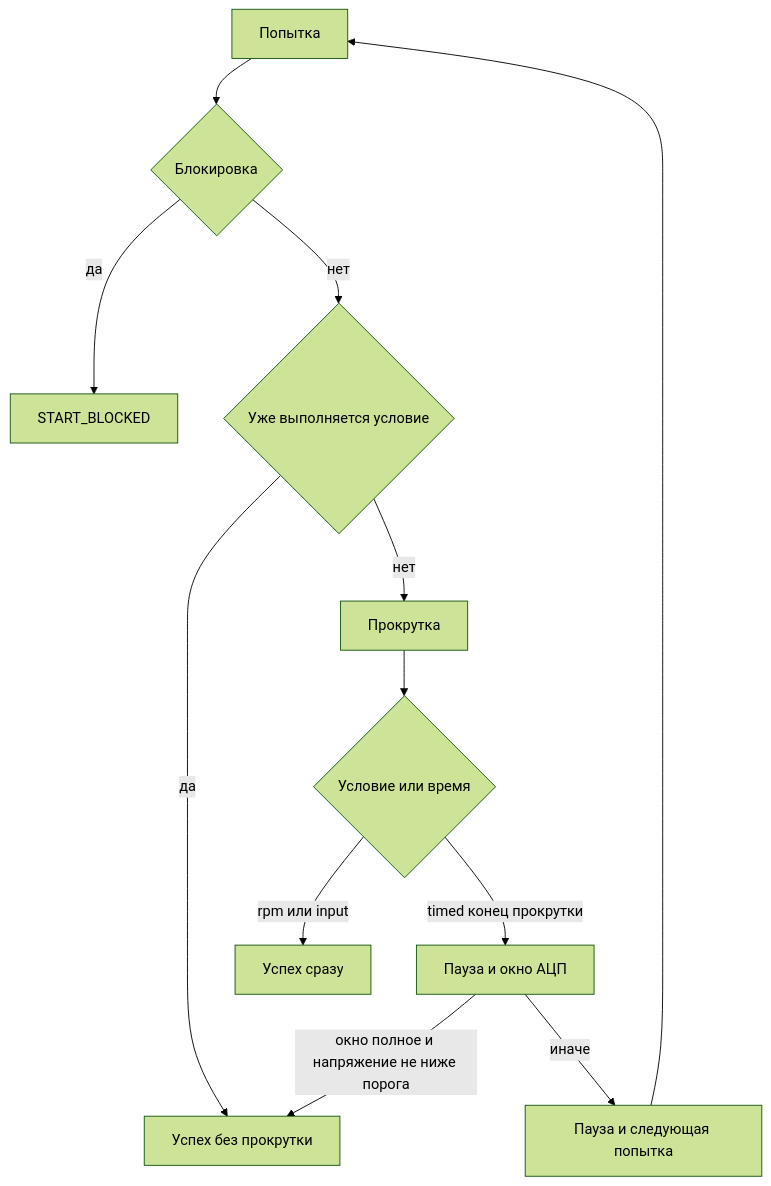
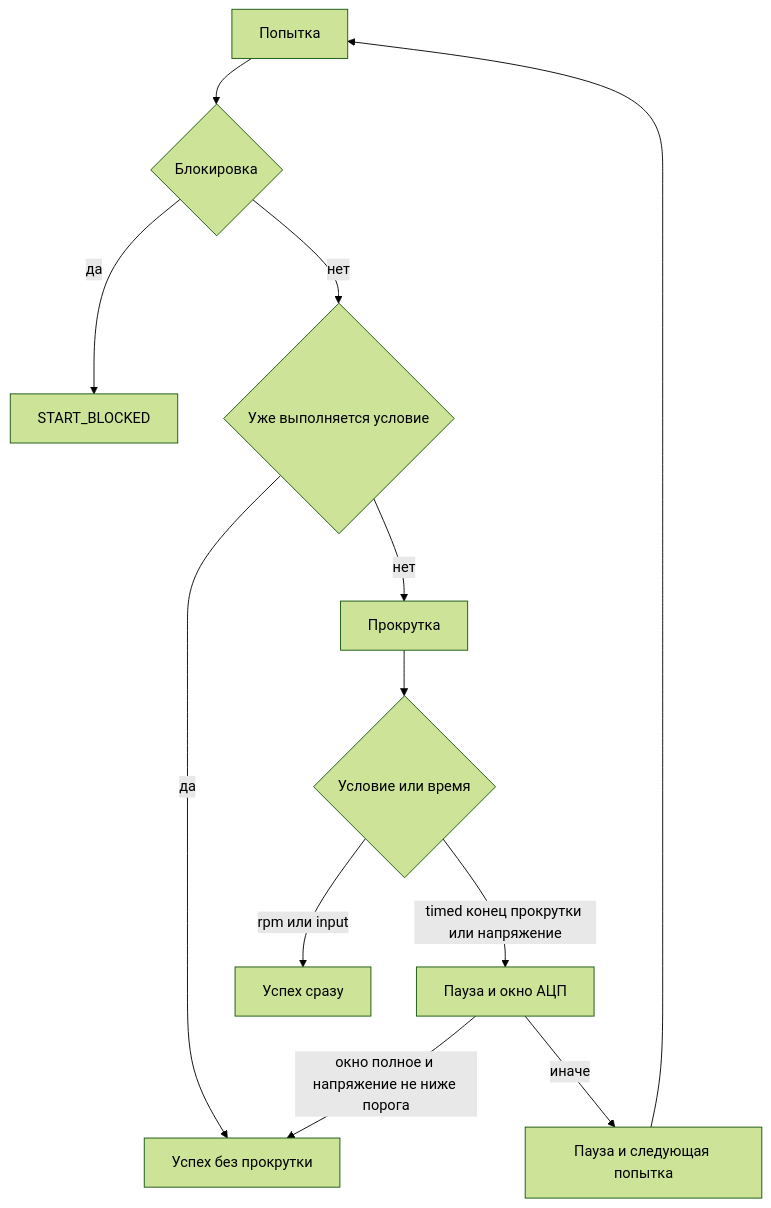
One commit to El-Vasao/AutoStartEspUnit changed the second of 2 diagrams in docs/BEHAVIOR.md. Above: the diagram before and after it, drawn with Mermaid (forest theme). The commit also changed other lines of this file and 4 other files, not shown here.

````diff
--- a/docs/BEHAVIOR.md
+++ b/docs/BEHAVIOR.md
@@ -95,14 +95,14 @@
 ```mermaid
 flowchart TD
   begin[Попытка] --> block{Блокировка}
   block -->|да| blocked[START_BLOCKED]
   block -->|нет| already{Уже выполняется условие}
   already -->|да| ok[Успех без прокрутки]
   already -->|нет| crank[Прокрутка]
   crank --> cond{Условие или время}
   cond -->|rpm или input| okNow[Успех сразу]
-  cond -->|timed конец прокрутки| settle[Пауза и окно АЦП]
+  cond -->|timed конец прокрутки или напряжение| settle[Пауза и окно АЦП]
   settle -->|окно полное и напряжение не ниже порога| ok
   settle -->|иначе| rest[Пауза и следующая попытка]
   rest --> begin
 ```
````
